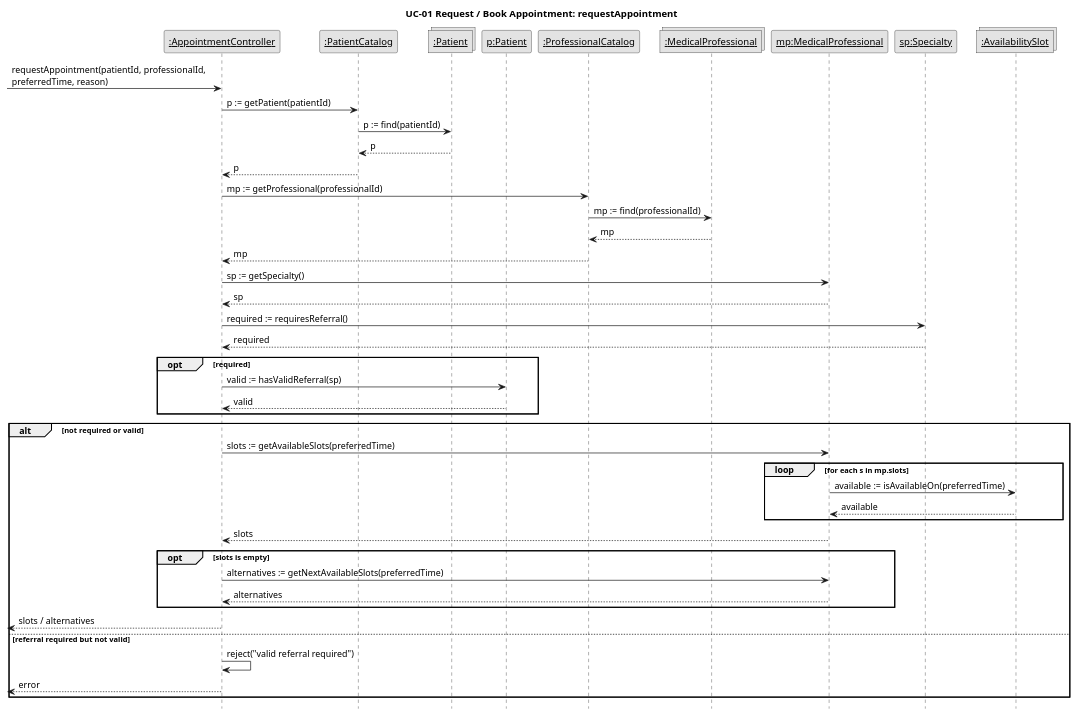
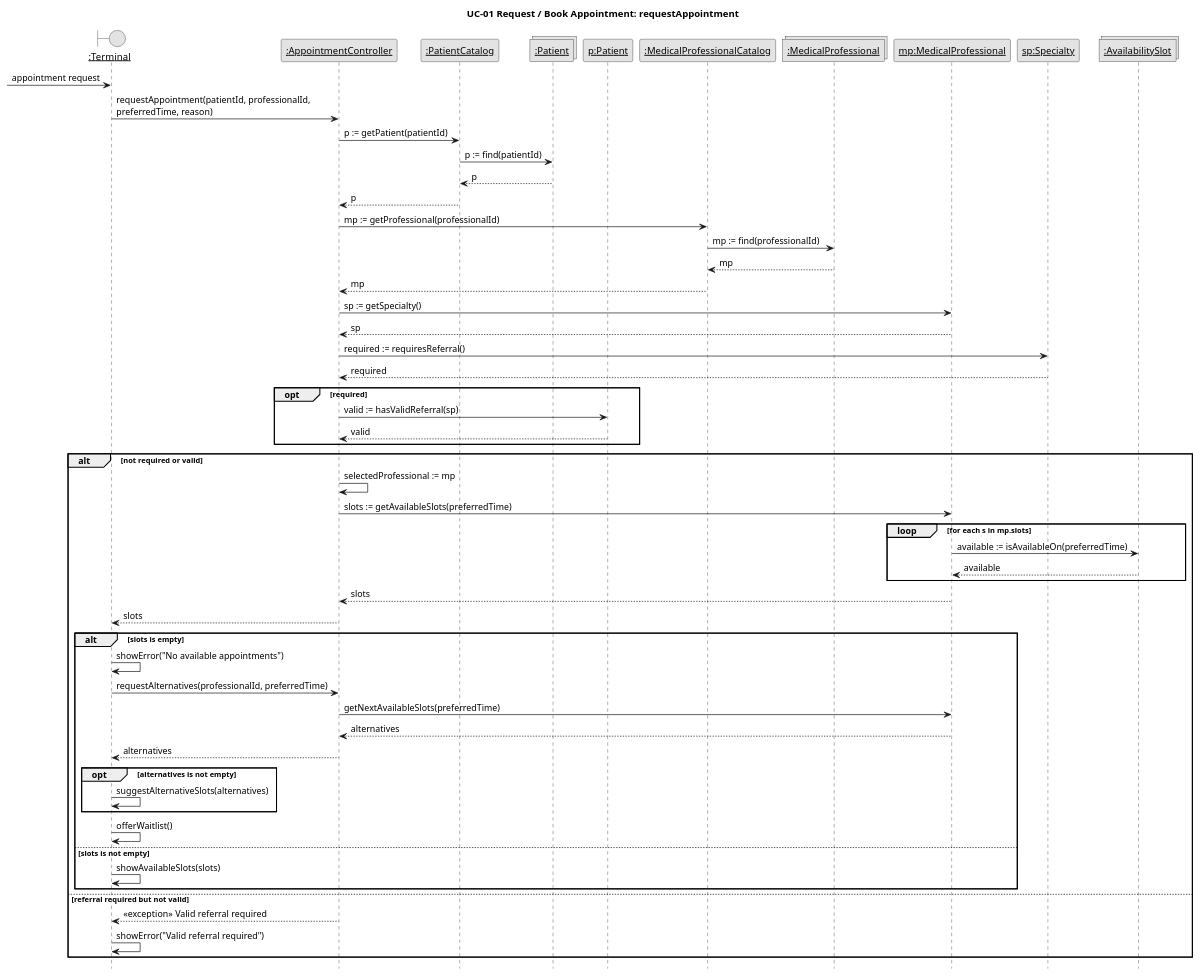
Before and after one commit to oumaymabennamoun/SOEN342-project: the diagram in Iteration2/InteractionDiagrams/SD_UC01a_requestAppointment.puml, drawn with PlantUML. The commit also changed 11 other files, not shown here.

Commit message:
Update class diagram and sequence diagrams for Iteration 2 to match them

```diff
--- a/Iteration2/InteractionDiagrams/SD_UC01a_requestAppointment.puml
+++ b/Iteration2/InteractionDiagrams/SD_UC01a_requestAppointment.puml
@@ -1,52 +1,64 @@
 @startuml
 skinparam monochrome true
 skinparam shadowing false
 skinparam defaultFontName Arial
 skinparam sequenceMessageAlign left
 hide footbox
 title UC-01 Request / Book Appointment: requestAppointment
 
+boundary "<u>:Terminal</u>" as UI
 participant "<u>:AppointmentController</u>" as Ctrl
 participant "<u>:PatientCatalog</u>" as PC
 collections "<u>:Patient</u>" as Ps
 participant "<u>p:Patient</u>" as P
-participant "<u>:ProfessionalCatalog</u>" as ProfC
+participant "<u>:MedicalProfessionalCatalog</u>" as ProfC
 collections "<u>:MedicalProfessional</u>" as MPs
 participant "<u>mp:MedicalProfessional</u>" as MP
 participant "<u>sp:Specialty</u>" as SP
 collections "<u>:AvailabilitySlot</u>" as Ss
 
-[-> Ctrl : requestAppointment(patientId, professionalId,\npreferredTime, reason)
+[-> UI : appointment request
+UI -> Ctrl : requestAppointment(patientId, professionalId,\npreferredTime, reason)
 Ctrl -> PC : p := getPatient(patientId)
 PC -> Ps : p := find(patientId)
 Ps --> PC : p
 PC --> Ctrl : p
 Ctrl -> ProfC : mp := getProfessional(professionalId)
 ProfC -> MPs : mp := find(professionalId)
 MPs --> ProfC : mp
 ProfC --> Ctrl : mp
 Ctrl -> MP : sp := getSpecialty()
 MP --> Ctrl : sp
 Ctrl -> SP : required := requiresReferral()
 SP --> Ctrl : required
 opt required
   Ctrl -> P : valid := hasValidReferral(sp)
   P --> Ctrl : valid
 end
 alt not required or valid
+  Ctrl -> Ctrl : selectedProfessional := mp
   Ctrl -> MP : slots := getAvailableSlots(preferredTime)
   loop for each s in mp.slots
     MP -> Ss : available := isAvailableOn(preferredTime)
     Ss --> MP : available
   end
   MP --> Ctrl : slots
-  opt slots is empty
-    Ctrl -> MP : alternatives := getNextAvailableSlots(preferredTime)
+  Ctrl --> UI : slots
+  alt slots is empty
+    UI -> UI : showError("No available appointments")
+    UI -> Ctrl : requestAlternatives(professionalId, preferredTime)
+    Ctrl -> MP : getNextAvailableSlots(preferredTime)
     MP --> Ctrl : alternatives
+    Ctrl --> UI : alternatives
+    opt alternatives is not empty
+      UI -> UI : suggestAlternativeSlots(alternatives)
+    end
+    UI -> UI : offerWaitlist()
+  else slots is not empty
+    UI -> UI : showAvailableSlots(slots)
   end
-  [<-- Ctrl : slots / alternatives
 else referral required but not valid
-  Ctrl -> Ctrl : reject("valid referral required")
-  [<-- Ctrl : error
+  Ctrl --> UI : <<exception>> Valid referral required
+  UI -> UI : showError("Valid referral required")
 end
 @enduml
```
